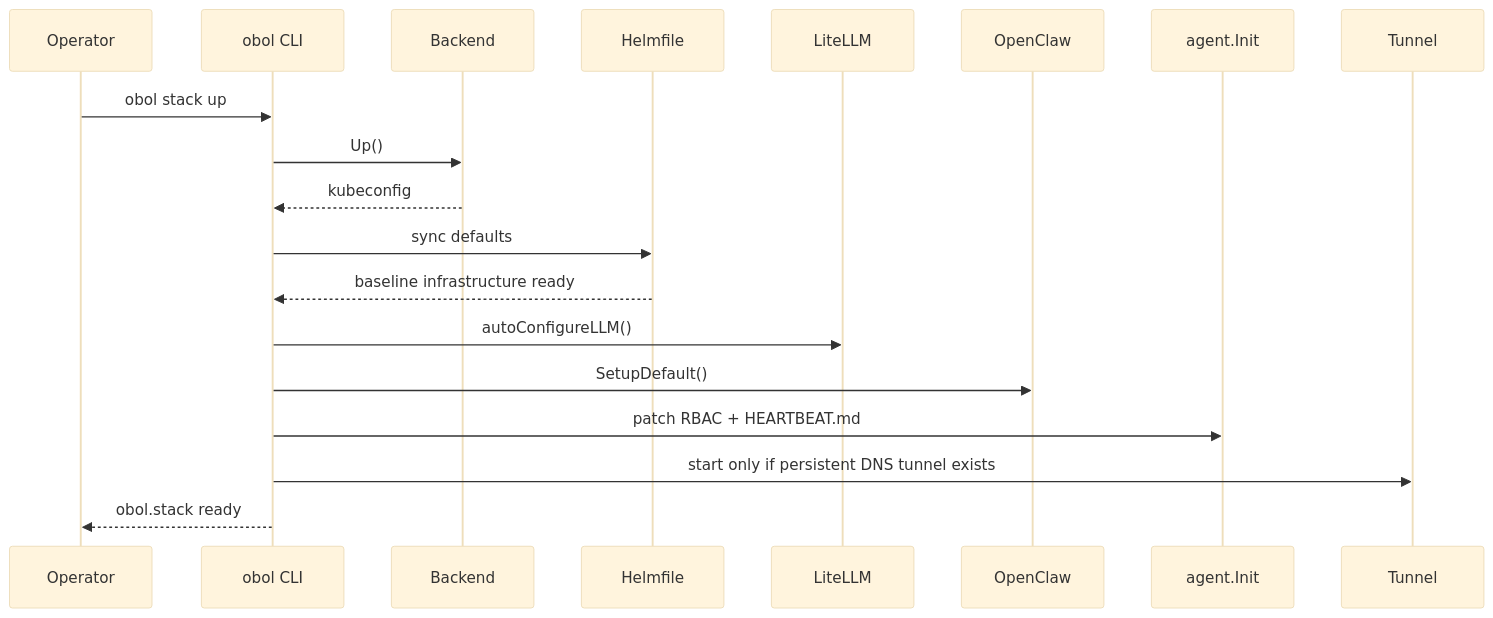
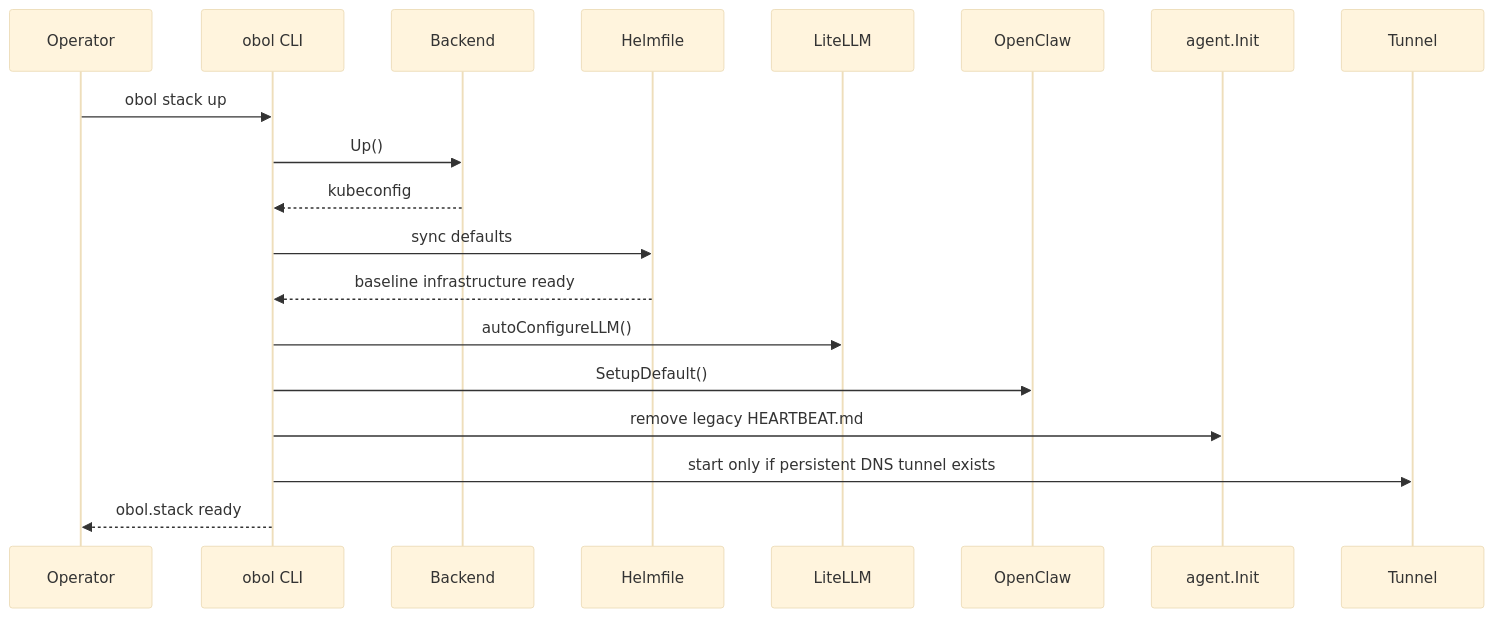
The fourth of 8 diagrams in ARCHITECTURE.md (ObolNetwork/obol-stack), drawn with Mermaid (base theme) before and after one commit. The commit also changed other lines of this file and 3 other files, not shown here.

````diff
--- a/ARCHITECTURE.md
+++ b/ARCHITECTURE.md
@@ -159,22 +164,22 @@
 ```mermaid
 sequenceDiagram
     participant O as Operator
     participant CLI as obol CLI
     participant B as Backend
     participant H as Helmfile
     participant L as LiteLLM
     participant OC as OpenClaw
     participant A as agent.Init
     participant T as Tunnel
 
     O->>CLI: obol stack up
     CLI->>B: Up()
     B-->>CLI: kubeconfig
     CLI->>H: sync defaults
     H-->>CLI: baseline infrastructure ready
     CLI->>L: autoConfigureLLM()
     CLI->>OC: SetupDefault()
-    CLI->>A: patch RBAC + HEARTBEAT.md
+    CLI->>A: remove legacy HEARTBEAT.md
     CLI->>T: start only if persistent DNS tunnel exists
     CLI-->>O: obol.stack ready
 ```
````
